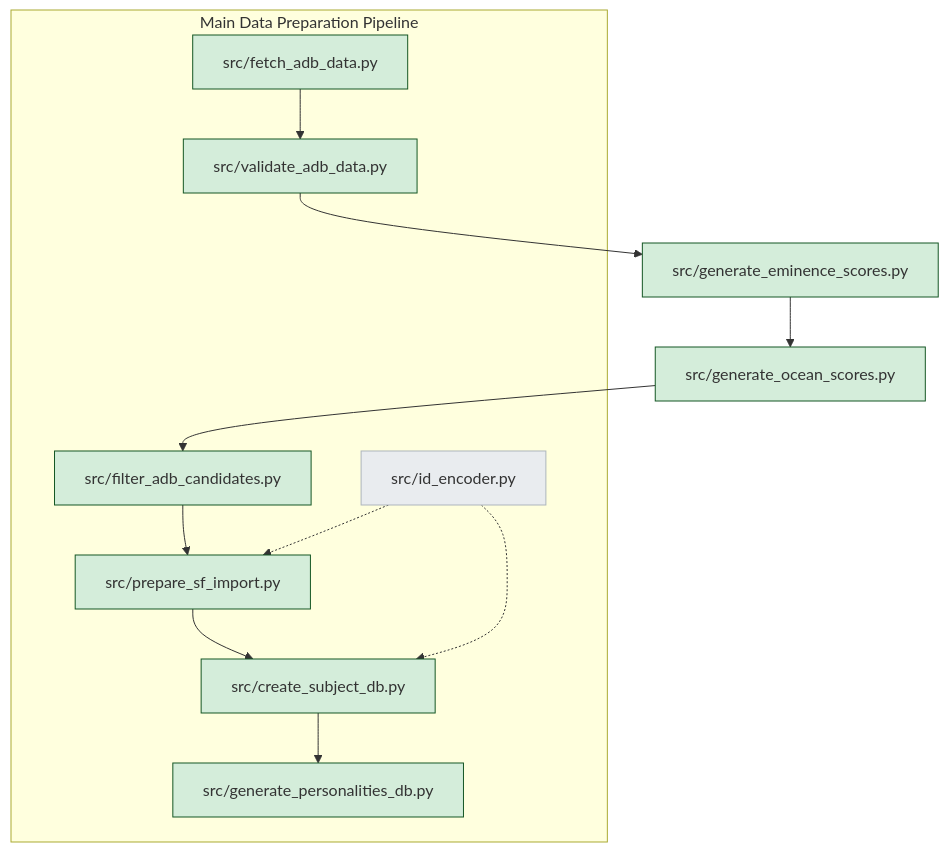
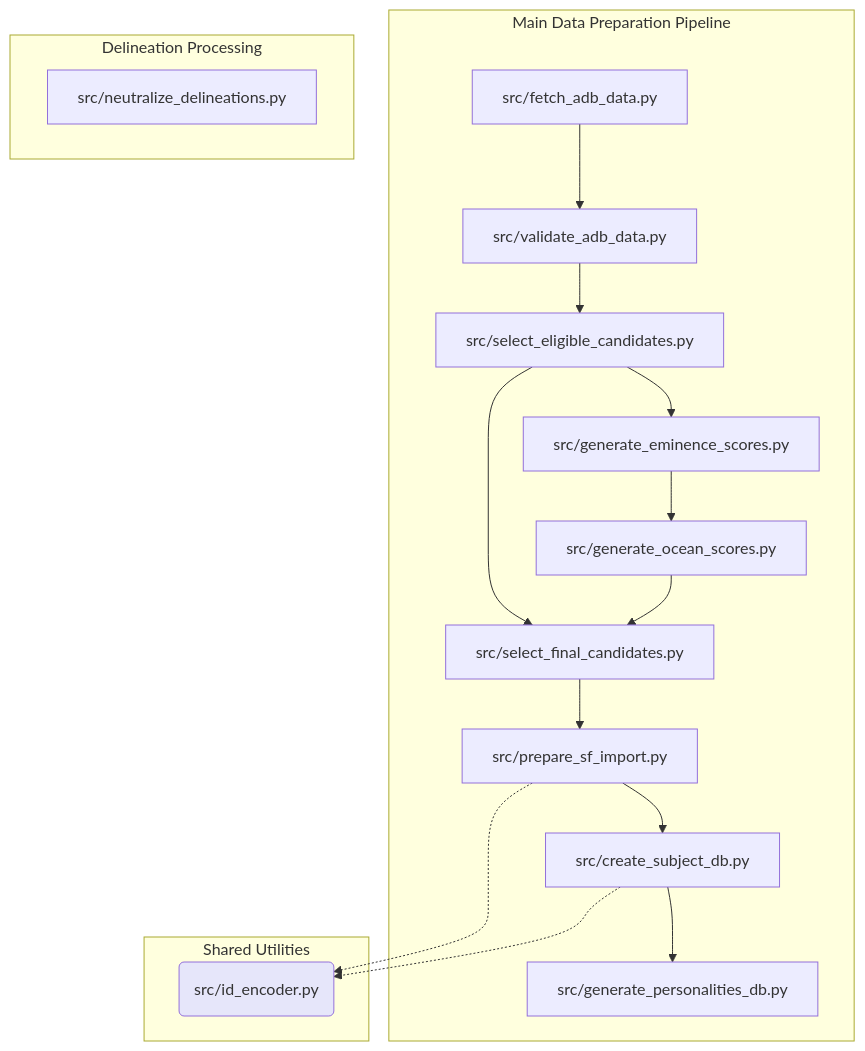
The diagram in docs/diagrams/arch_prep_codebase.mmd (peterjmarko/llm-narrative-framework), drawn with Mermaid before and after one commit. The commit also changed other lines of this file and 34 other files, not shown here.

```diff
--- a/docs/diagrams/arch_prep_codebase.mmd
+++ b/docs/diagrams/arch_prep_codebase.mmd
@@ -1,31 +1,24 @@
 graph TD
-    subgraph "Main Data Preparation Pipeline"
-        A["src/fetch_adb_data.py"]
-        B["src/validate_adb_data.py"]
-        C["src/filter_adb_candidates.py"]
-        D["src/prepare_sf_import.py"]
-        E["src/create_subject_db.py"]
-        F["src/generate_personalities_db.py"]
-        U["src/id_encoder.py"]
+    subgraph Main Data Preparation Pipeline
+        A[src/fetch_adb_data.py] --> B[src/validate_adb_data.py]
+        B --> C[src/select_eligible_candidates.py]
+        C --> D[src/generate_eminence_scores.py]
+        D --> E[src/generate_ocean_scores.py]
+        E --> F[src/select_final_candidates.py]
+        C --> F
+        F --> G[src/prepare_sf_import.py]
+        G --> H[src/create_subject_db.py]
+        H --> I[src/generate_personalities_db.py]
+    end
+    
+    subgraph Delineation Processing
+        J[src/neutralize_delineations.py]
     end
 
-    A --> B
-    B --> G["src/generate_eminence_scores.py"]
-    G --> H["src/generate_ocean_scores.py"]
-    H --> C
-    C --> D
-    D --> E
-    E --> F
-    
-    U -.-> D
-    U -.-> E
+    subgraph Shared Utilities
+        K(src/id_encoder.py)
+        style K fill:#e6e6fa
+    end
 
-    style A fill:#d4edda,stroke:#155724
-    style B fill:#d4edda,stroke:#155724
-    style C fill:#d4edda,stroke:#155724
-    style D fill:#d4edda,stroke:#155724
-    style E fill:#d4edda,stroke:#155724
-    style F fill:#d4edda,stroke:#155724
-    style G fill:#d4edda,stroke:#155724
-    style H fill:#d4edda,stroke:#155724
-    style U fill:#e9ecef,stroke:#adb5bd
+    G -.-> K
+    H -.-> K
```
